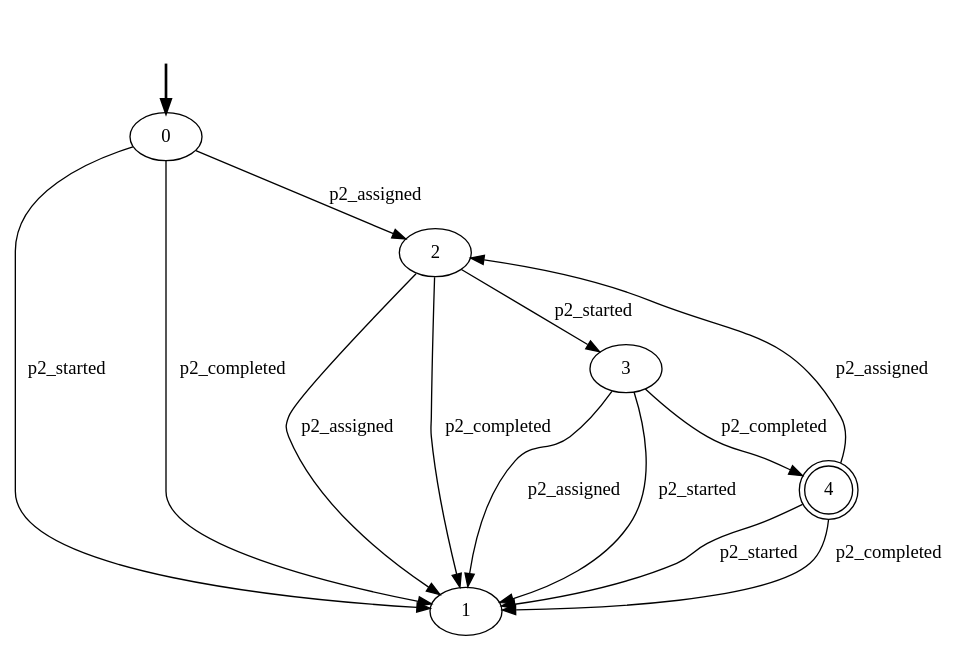
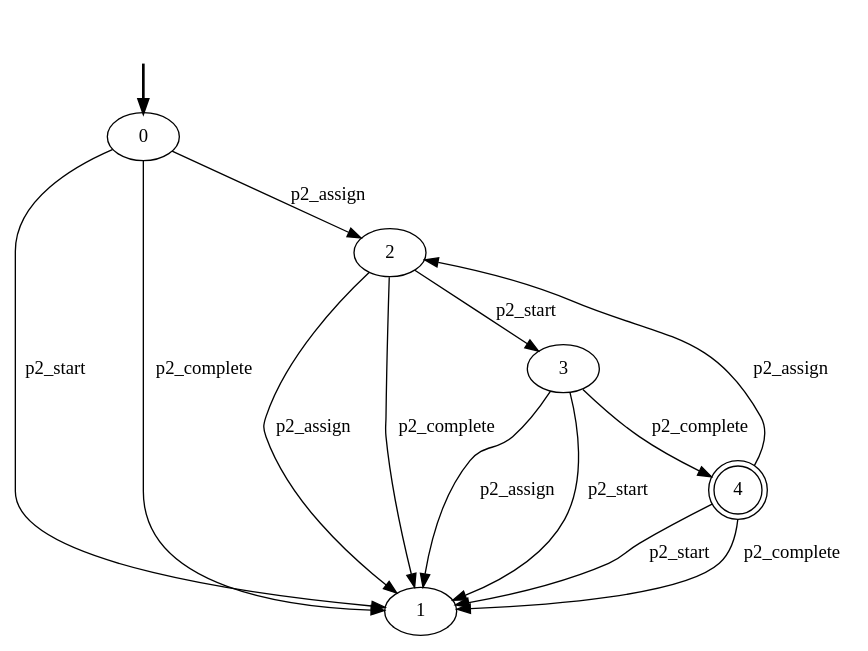
Before and after one commit to GianmarcoBordin/pddlTranslator: the diagram in Plan-based_Data_Aware_Declarative_Conf_Checker/resources/declarative-models/Data-Aware/5-CONSTRAINTS/p2_lifecycle.dot, drawn with Graphviz. The commit also changed 87 other files, not shown here.

```diff
--- a/Plan-based_Data_Aware_Declarative_Conf_Checker/resources/declarative-models/Data-Aware/5-CONSTRAINTS/p2_lifecycle.dot
+++ b/Plan-based_Data_Aware_Declarative_Conf_Checker/resources/declarative-models/Data-Aware/5-CONSTRAINTS/p2_lifecycle.dot
@@ -1,21 +1,21 @@
 digraph {
 		fake0 [style=invisible]
 		0 [root=true]
 		1
 		2
 		3
 		4 [shape=doublecircle]
 		fake0 -> 0 [style=bold]
-		2 -> 1 [label=p2_assigned]
-		2 -> 3 [label=p2_started]
-		2 -> 1 [label=p2_completed]
-		3 -> 1 [label=p2_assigned]
-		3 -> 1 [label=p2_started]
-		3 -> 4 [label=p2_completed]
-		4 -> 2 [label=p2_assigned]
-		4 -> 1 [label=p2_started]
-		4 -> 1 [label=p2_completed]
-		0 -> 2 [label=p2_assigned]
-		0 -> 1 [label=p2_started]
-		0 -> 1 [label=p2_completed]
+		2 -> 1 [label=p2_assign]
+		2 -> 3 [label=p2_start]
+		2 -> 1 [label=p2_complete]
+		3 -> 1 [label=p2_assign]
+		3 -> 1 [label=p2_start]
+		3 -> 4 [label=p2_complete]
+		4 -> 2 [label=p2_assign]
+		4 -> 1 [label=p2_start]
+		4 -> 1 [label=p2_complete]
+		0 -> 2 [label=p2_assign]
+		0 -> 1 [label=p2_start]
+		0 -> 1 [label=p2_complete]
 }
```
